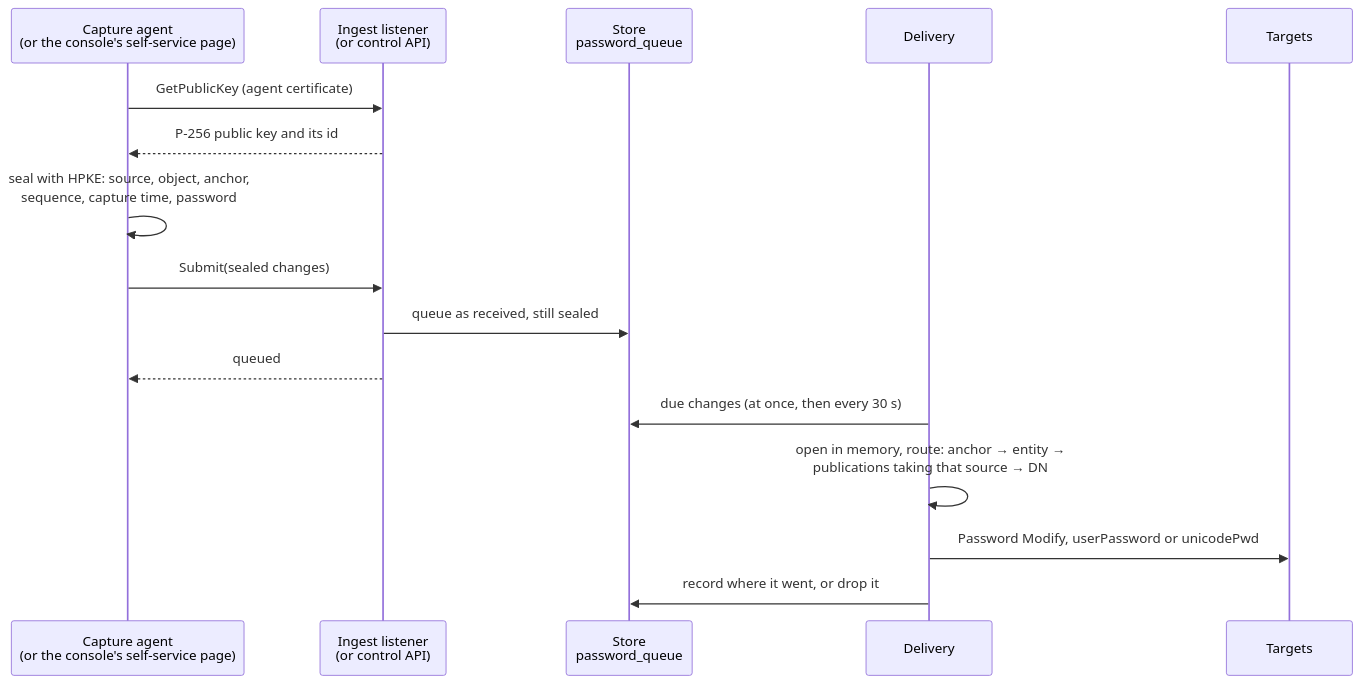
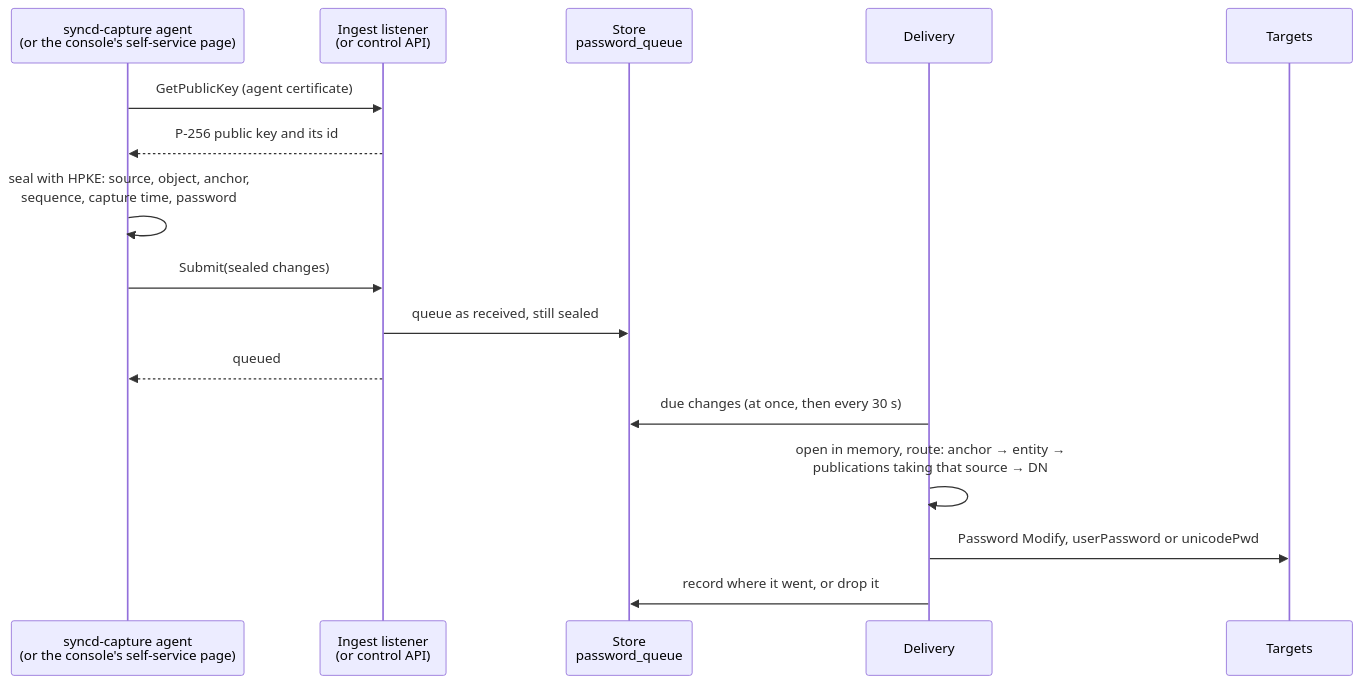
Before and after one commit to winllc/ens-apps-documentation: the third of 8 diagrams in docs/syncd/architecture.md, drawn with Mermaid. The commit also changed other lines of this file and 4 other files, not shown here.

First line of the commit message:
syncd 0.5.0: install, sizing and availability, architecture

````diff
--- a/docs/syncd/architecture.md
+++ b/docs/syncd/architecture.md
@@ -210,19 +224,19 @@
 ```mermaid
 sequenceDiagram
-    participant A as Capture agent<br/>(or the console's self-service page)
+    participant A as syncd-capture agent<br/>(or the console's self-service page)
     participant I as Ingest listener<br/>(or control API)
     participant Q as Store<br/>password_queue
     participant D as Delivery
     participant T as Targets
 
     A->>I: GetPublicKey (agent certificate)
     I-->>A: P-256 public key and its id
     A->>A: seal with HPKE: source, object, anchor,<br/>sequence, capture time, password
     A->>I: Submit(sealed changes)
     I->>Q: queue as received, still sealed
     I-->>A: queued
     D->>Q: due changes (at once, then every 30 s)
     D->>D: open in memory, route: anchor → entity →<br/>publications taking that source → DN
     D->>T: Password Modify, userPassword or unicodePwd
     D->>Q: record where it went, or drop it
 ```
````
